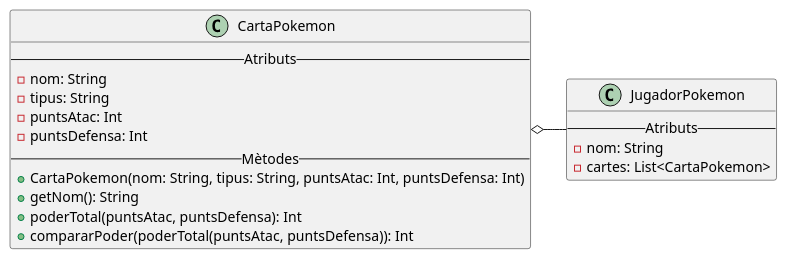
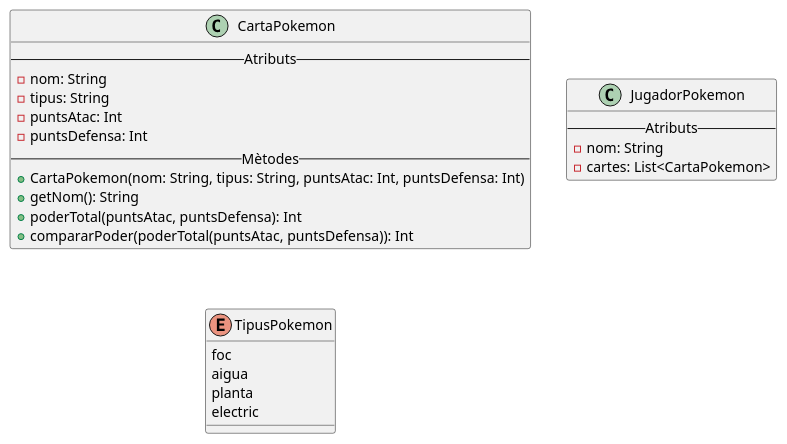
Before and after one commit to Guillermo-Mir/DissenyDiagrames: the diagram in src/main/kotlin/uml/Ex1.puml, drawn with PlantUML. The commit also changed 3 other files, not shown here.

Commit message:
Commit UML mig fet

```diff
--- a/src/main/kotlin/uml/Ex1.puml
+++ b/src/main/kotlin/uml/Ex1.puml
@@ -1,26 +1,31 @@
 @startuml
 'https://plantuml.com/class-diagram
 
 class CartaPokemon {
     -- Atributs --
     - nom: String
     - tipus: String
     - puntsAtac: Int
     - puntsDefensa: Int
     -- Mètodes --
     + CartaPokemon(nom: String, tipus: String, puntsAtac: Int, puntsDefensa: Int)
     + getNom(): String
     + poderTotal(puntsAtac, puntsDefensa): Int
     + compararPoder(poderTotal(puntsAtac, puntsDefensa)): Int
 }
 
 
 class JugadorPokemon {
     -- Atributs --
     - nom: String
     - cartes: List<CartaPokemon>
 }
 
-CartaPokemon o-right- JugadorPokemon
+enum TipusPokemon {
+    foc
+    aigua
+    planta
+    electric
+}
 
 @enduml
```
